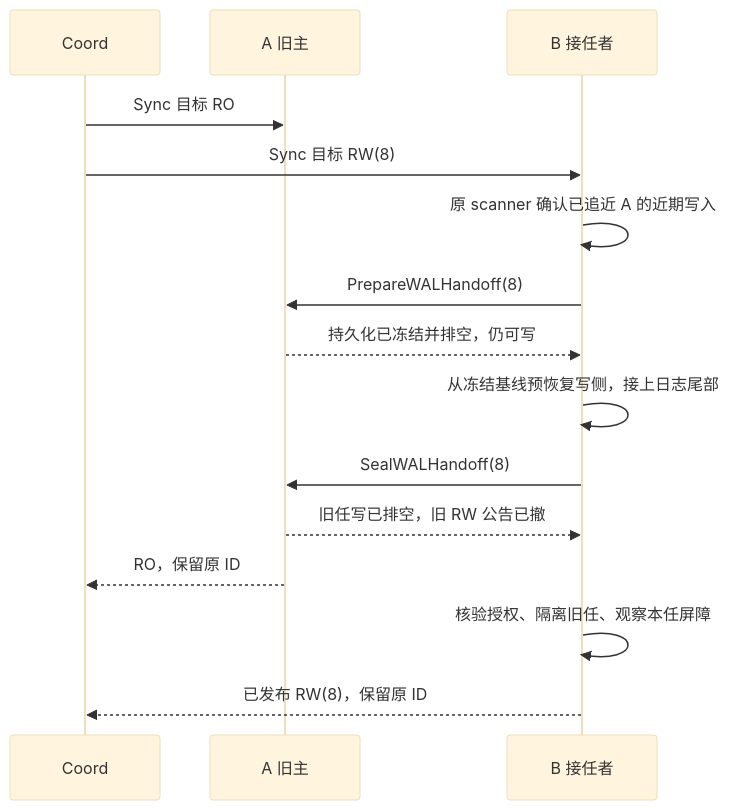
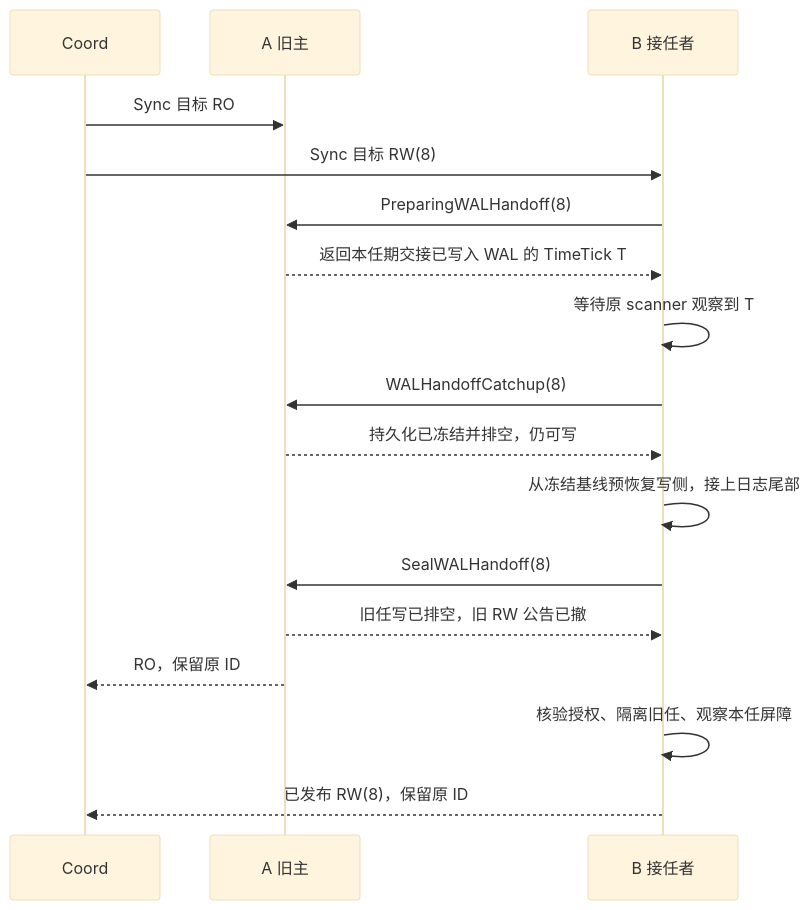
Before and after one commit to milvus-io/milvus: the second of 2 diagrams in docs/design-docs/design_docs/wal/wal-replica-state-machine.md, drawn with Mermaid (base theme). The commit also changed other lines of this file and 21 other files, not shown here.

````diff
--- a/docs/design-docs/design_docs/wal/wal-replica-state-machine.md
+++ b/docs/design-docs/design_docs/wal/wal-replica-state-machine.md
@@ -46,17 +46,19 @@
 ```mermaid
 sequenceDiagram
     participant C as Coord
     participant A as A 旧主
     participant B as B 接任者
     C->>A: Sync 目标 RO
     C->>B: Sync 目标 RW(8)
-    B->>B: 原 scanner 确认已追近 A 的近期写入
-    B->>A: PrepareWALHandoff(8)
+    B->>A: PreparingWALHandoff(8)
+    A-->>B: 返回本任期交接已写入 WAL 的 TimeTick T
+    B->>B: 等待原 scanner 观察到 T
+    B->>A: WALHandoffCatchup(8)
     A-->>B: 持久化已冻结并排空，仍可写
     B->>B: 从冻结基线预恢复写侧，接上日志尾部
     B->>A: SealWALHandoff(8)
     A-->>B: 旧任写已排空，旧 RW 公告已撤
     A-->>C: RO，保留原 ID
     B->>B: 核验授权、隔离旧任、观察本任屏障
     B-->>C: 已发布 RW(8)，保留原 ID
 ```
````
